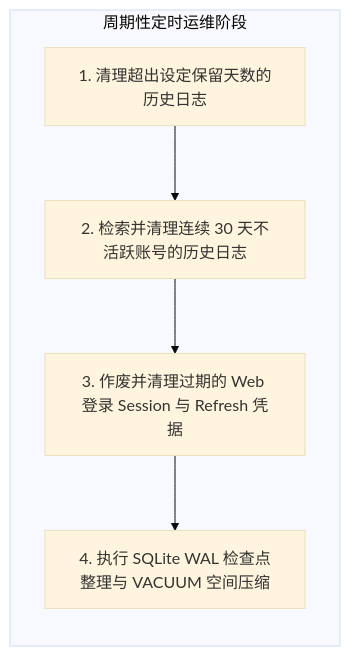
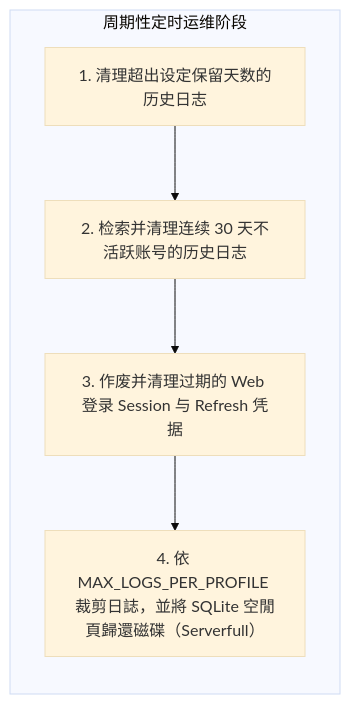
Before and after one commit to bibicadotnet/ObexDNS: the diagram in docs/src/content/docs/zh-tw/maintenance/lifecycle.md, drawn with Mermaid (base theme). The commit also changed other lines of this file and 17 other files, not shown here.

````diff
--- a/docs/src/content/docs/zh-tw/maintenance/lifecycle.md
+++ b/docs/src/content/docs/zh-tw/maintenance/lifecycle.md
@@ -30,11 +30,11 @@
 ```mermaid
 flowchart TD
     subgraph Maintenance["周期性定时运维阶段"]
         direction TB
         M1["1. 清理超出设定保留天数的历史日志"]
         M2["2. 检索并清理连续 30 天不活跃账号的历史日志"]
         M3["3. 作废并清理过期的 Web 登录 Session 与 Refresh 凭据"]
-        M4["4. 执行 SQLite WAL 检查点整理与 VACUUM 空间压缩"]
+        M4["4. 依 MAX_LOGS_PER_PROFILE 裁剪日誌，並將 SQLite 空閒頁歸還磁碟（Serverfull）"]
         M1 --> M2 --> M3 --> M4
     end
 ```
````
